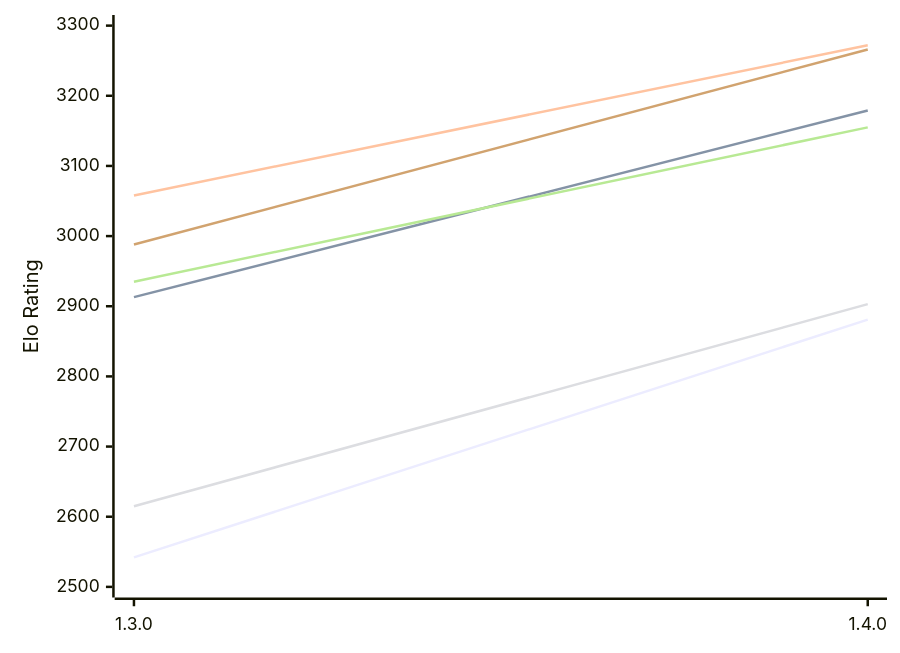
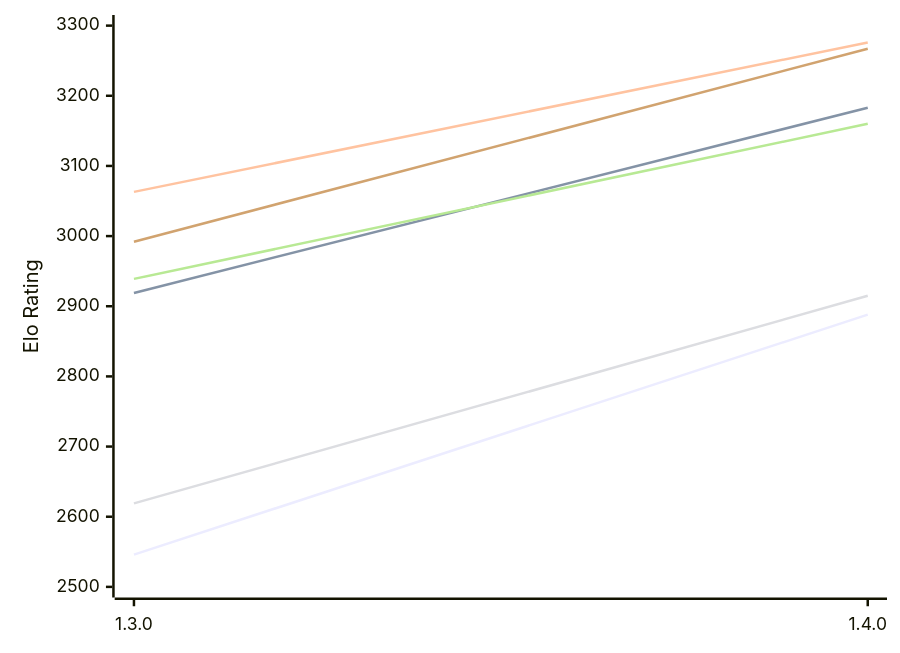
The first of 2 diagrams in engines/Ember.md (computer-chess-index/cci), drawn with Mermaid before and after one commit. The commit also changed other lines of this file, not shown here.

Commit message:
Update CCI Ratings (ELO VLTC) - 2026-11-20

````diff
--- a/engines/Ember.md
+++ b/engines/Ember.md
@@ -51,12 +51,12 @@
 ```mermaid
 %%{init: {"theme":"base","themeVariables":{"seriesColors:['#a3a3a3','#222221','#faa371']}}}%%
 xychart-beta
   x-axis ["1.3.0", "1.4.0"]
   y-axis "Elo Rating" 2500 --> 3300
-  line "E1: STC (8.0+0.08s)" [2542, 2881]
-  line "E1: LTC (60.0+0.60s)" [2913, 3179]
-  line "E1: VLTC (2m24s+1.12s)" [3058, 3272]
-  line "P1: STC (8.0+0.08s)" [2615, 2903]
-  line "P1: LTC (60.0+0.60s)" [2935, 3155]
-  line "P1: VLTC (2m24s+1.12s)" [2988, 3266]
+  line "E1: STC (8.0+0.08s)" [2546, 2888]
+  line "E1: LTC (60.0+0.60s)" [2919, 3183]
+  line "E1: VLTC (2m24s+1.12s)" [3063, 3276]
+  line "P1: STC (8.0+0.08s)" [2619, 2915]
+  line "P1: LTC (60.0+0.60s)" [2939, 3160]
+  line "P1: VLTC (2m24s+1.12s)" [2992, 3267]
 ```
````
